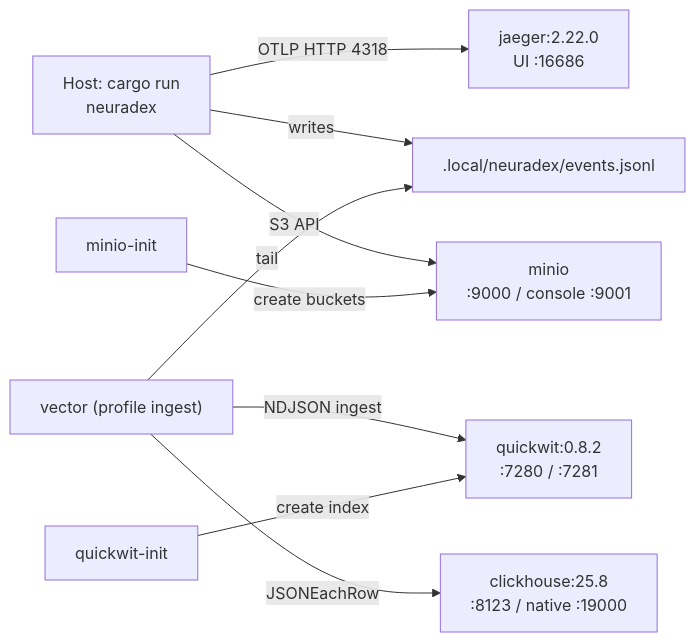
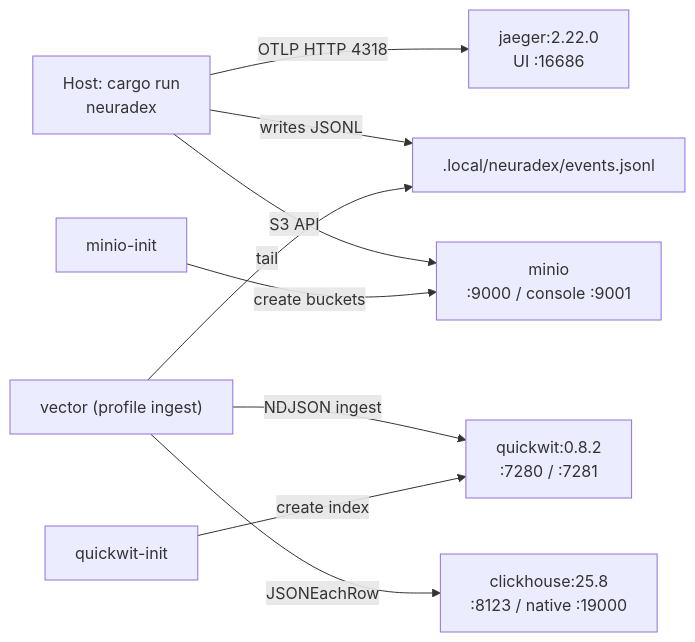
One commit to mkroman/neuradex changed the diagram in docs/rfd/0007-local-testing-stack.md. Above: the diagram before and after it, drawn with Mermaid. The commit also changed other lines of this file and 22 other files, not shown here.

````diff
--- a/docs/rfd/0007-local-testing-stack.md
+++ b/docs/rfd/0007-local-testing-stack.md
@@ -118,11 +118,11 @@
 ```mermaid
 flowchart LR
     Host["Host: cargo run<br/>neuradex"] -->|OTLP HTTP 4318| Jaeger["jaeger:2.22.0<br/>UI :16686"]
-    Host -->|writes| Spool[".local/neuradex/events.jsonl"]
+    Host -->|writes JSONL| Spool[".local/neuradex/events.jsonl"]
     Vector["vector (profile ingest)"] -->|tail| Spool
     Vector -->|NDJSON ingest| Quickwit["quickwit:0.8.2<br/>:7280 / :7281"]
     Vector -->|JSONEachRow| ClickHouse["clickhouse:25.8<br/>:8123 / native :19000"]
     Host -->|S3 API| MinIO["minio<br/>:9000 / console :9001"]
     QuickwitInit["quickwit-init"] -->|create index| Quickwit
     MinioInit["minio-init"] -->|create buckets| MinIO
 ```
````
